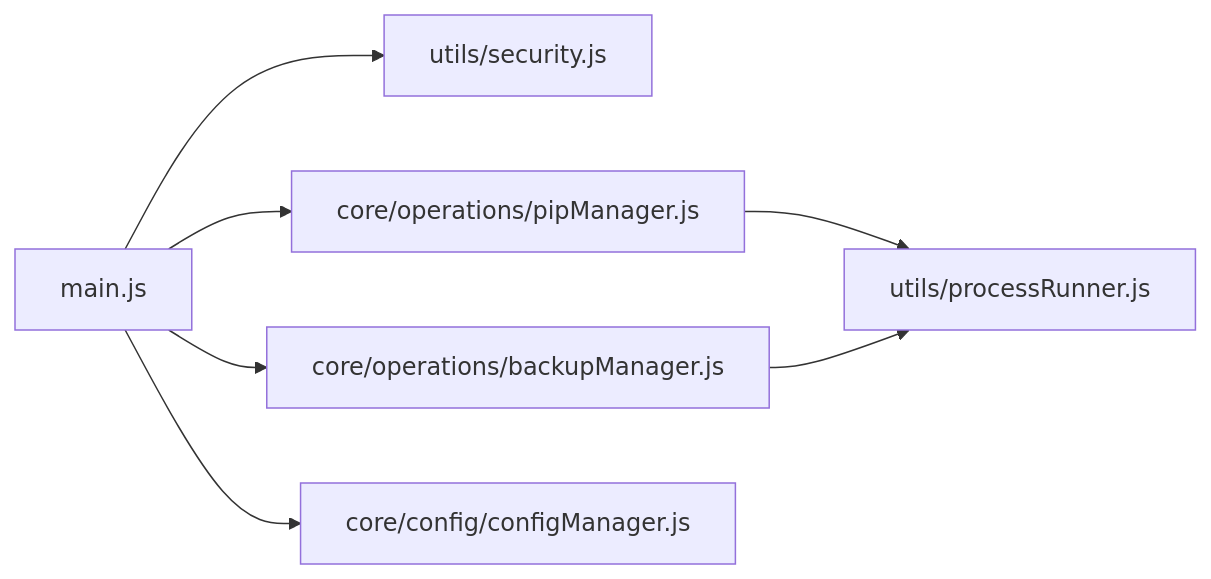
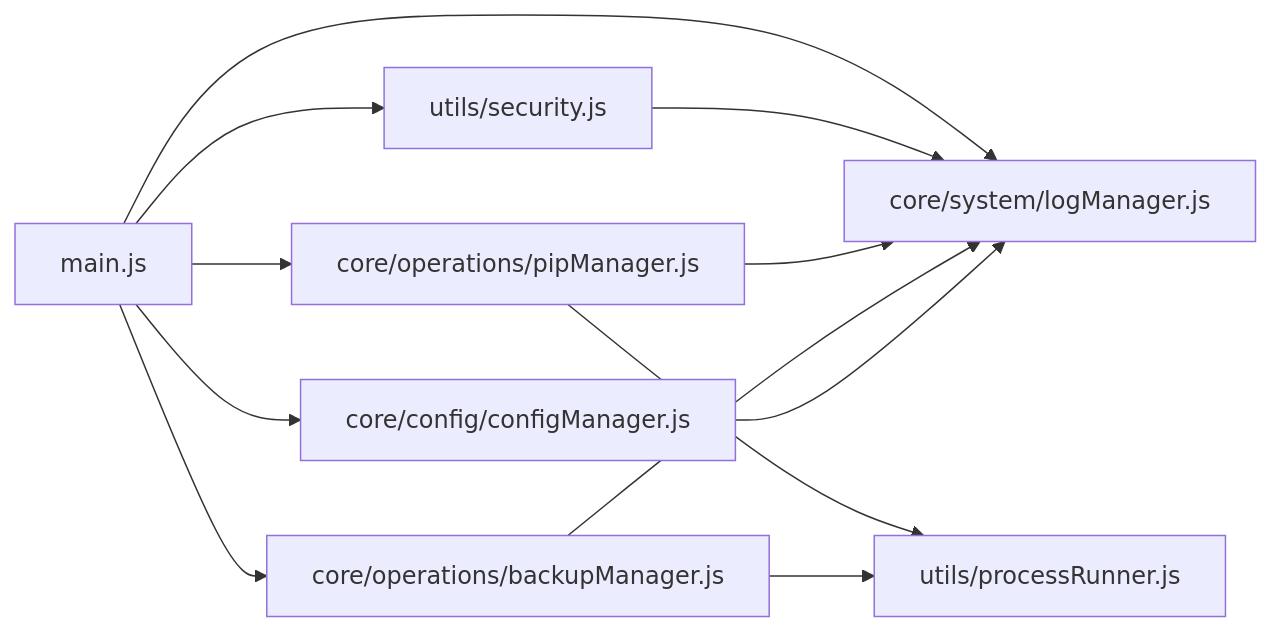
Before and after one commit to SoftheartedYYC/PyLibMaster: the fifth of 5 diagrams in docs/zh/content/架构设计/模块化架构设计/工具模块设计/安全工具 (security.js).md, drawn with Mermaid. The commit also changed other lines of this file and 72 other files, not shown here.

````diff
--- a/docs/zh/content/架构设计/模块化架构设计/工具模块设计/安全工具 (security.js).md
+++ b/docs/zh/content/架构设计/模块化架构设计/工具模块设计/安全工具 (security.js).md
@@ -225,9 +309,14 @@
 ```mermaid
 graph LR
 Main["main.js"] --> Sec["utils/security.js"]
+Main --> Log["core/system/logManager.js"]
 Main --> Pip["core/operations/pipManager.js"]
 Main --> Bk["core/operations/backupManager.js"]
 Main --> Cfg["core/config/configManager.js"]
+Sec --> Log
+Pip --> Log
+Bk --> Log
+Cfg --> Log
 Pip --> Proc["utils/processRunner.js"]
 Bk --> Proc
 ```
````
